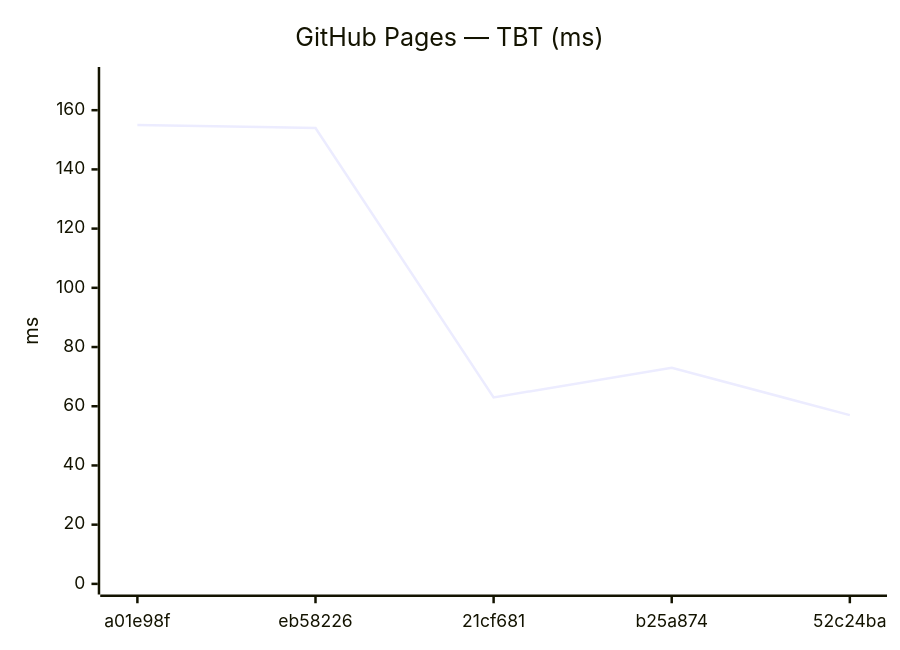
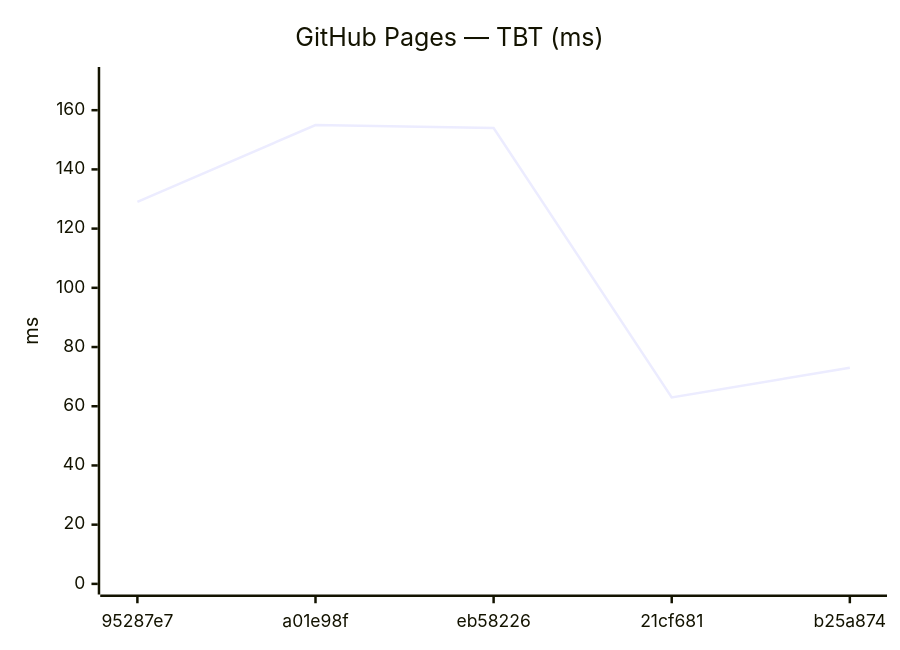
The tenth of 18 diagrams in benchmarks/compare.md (Metaheurist/Rianell), drawn with Mermaid before and after one commit. The commit also changed other lines of this file and 11 other files, not shown here.

````diff
--- a/benchmarks/compare.md
+++ b/benchmarks/compare.md
@@ -149,7 +149,7 @@
 ```mermaid
 xychart-beta
     title "GitHub Pages — TBT (ms)"
-    x-axis ["a01e98f", "eb58226", "21cf681", "b25a874", "52c24ba"]
+    x-axis ["95287e7", "a01e98f", "eb58226", "21cf681", "b25a874"]
     y-axis "ms" 0 --> 171
-    line [155, 154, 63, 73, 57]
+    line [129, 155, 154, 63, 73]
 ```
````
